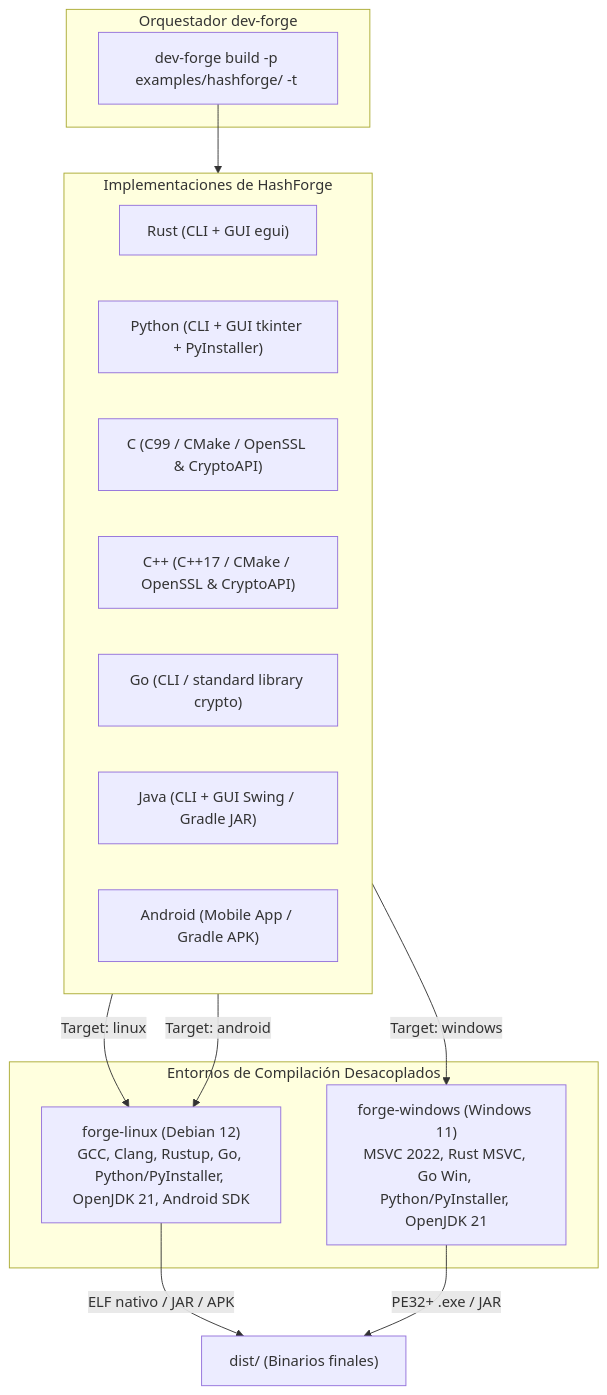
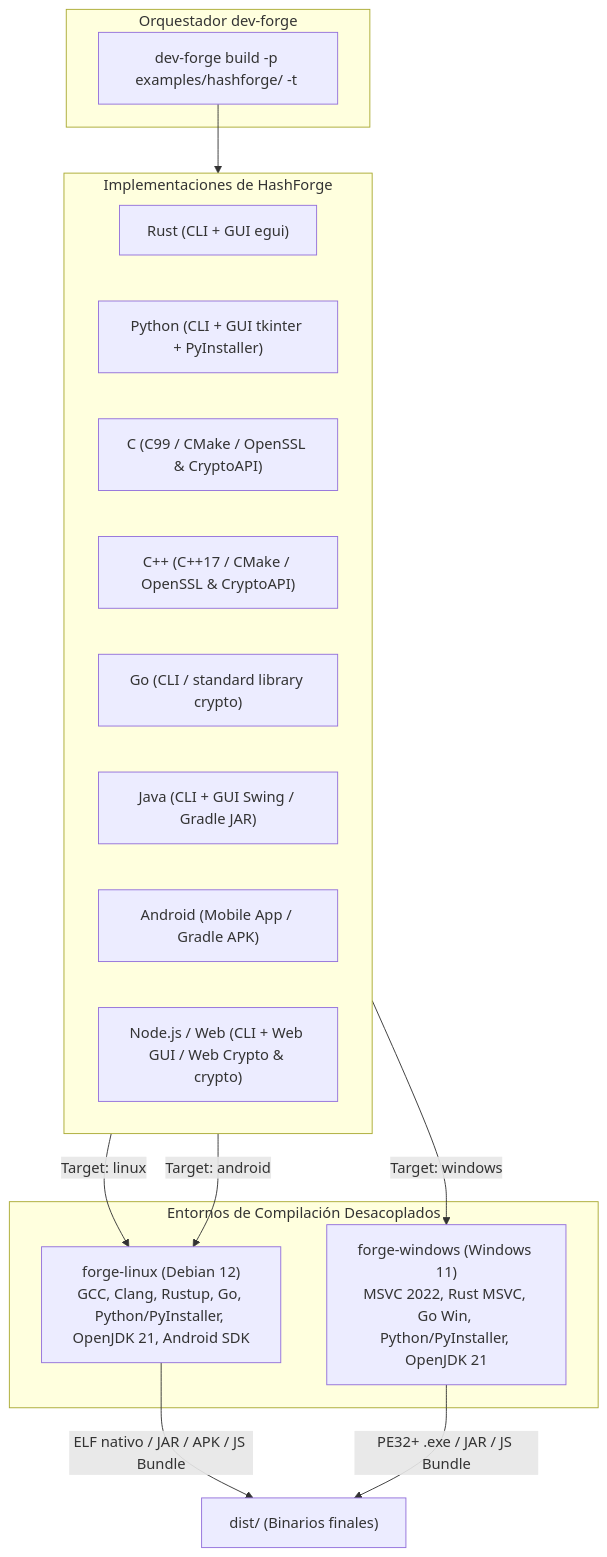
Before and after one commit to olorinj/dev-forge: the diagram in examples/hashforge/README.md, drawn with Mermaid. The commit also changed other lines of this file and 11 other files, not shown here.

First line of the commit message:
feat(examples): add Node.js and Web implementation to HashForge test suite

````diff
--- a/examples/hashforge/README.md
+++ b/examples/hashforge/README.md
@@ -7,29 +7,30 @@
 ```mermaid
 flowchart TD
     subgraph Orquestador["Orquestador dev-forge"]
         CLI["dev-forge build -p examples/hashforge/<lenguaje> -t <target>"]
     end
 
     subgraph VMs["Entornos de Compilación Desacoplados"]
         LinuxVM["forge-linux (Debian 12)\nGCC, Clang, Rustup, Go, Python/PyInstaller, OpenJDK 21, Android SDK"]
         WinVM["forge-windows (Windows 11)\nMSVC 2022, Rust MSVC, Go Win, Python/PyInstaller, OpenJDK 21"]
     end
 
     subgraph Lenguajes["Implementaciones de HashForge"]
         L_Rust["Rust (CLI + GUI egui)"]
         L_Py["Python (CLI + GUI tkinter + PyInstaller)"]
         L_C["C (C99 / CMake / OpenSSL & CryptoAPI)"]
         L_Cpp["C++ (C++17 / CMake / OpenSSL & CryptoAPI)"]
         L_Go["Go (CLI / standard library crypto)"]
         L_Java["Java (CLI + GUI Swing / Gradle JAR)"]
         L_Droid["Android (Mobile App / Gradle APK)"]
+        L_Node["Node.js / Web (CLI + Web GUI / Web Crypto & crypto)"]
     end
 
     CLI --> Lenguajes
     Lenguajes -->|Target: linux| LinuxVM
     Lenguajes -->|Target: windows| WinVM
     Lenguajes -->|Target: android| LinuxVM
 
-    LinuxVM -->|ELF nativo / JAR / APK| Dist["dist/ (Binarios finales)"]
-    WinVM -->|PE32+ .exe / JAR| Dist
+    LinuxVM -->|ELF nativo / JAR / APK / JS Bundle| Dist["dist/ (Binarios finales)"]
+    WinVM -->|PE32+ .exe / JAR / JS Bundle| Dist
 ```
````
